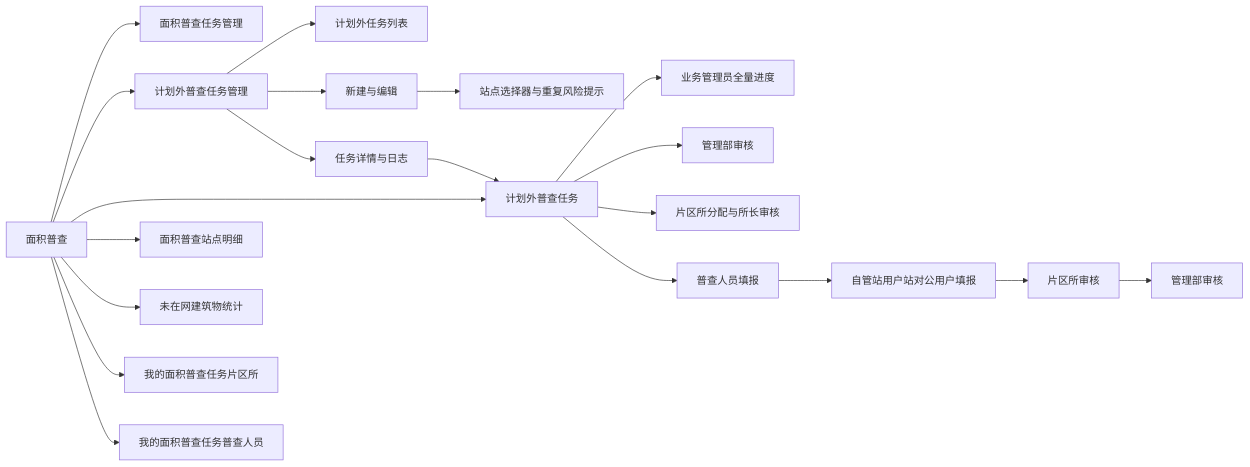
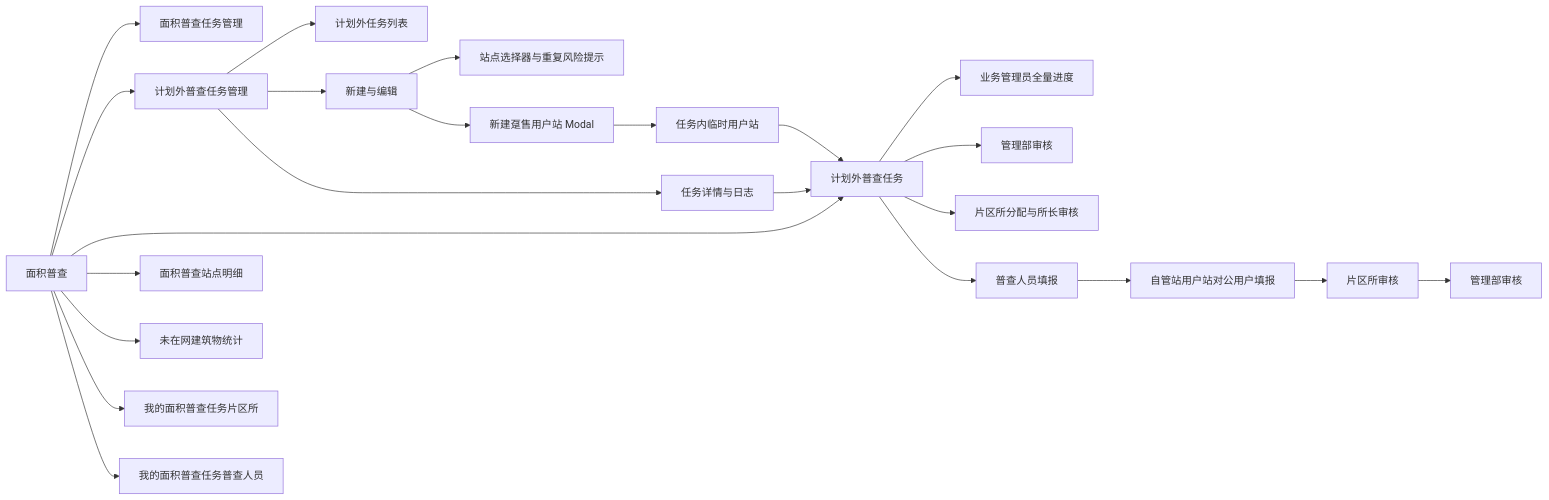
One commit to caicai9807-code/Area-survey changed the first of 2 diagrams in docs/计划外普查任务管理-系统建设方案.md. Above: the diagram before and after it, drawn with Mermaid. The commit also changed other lines of this file and 12 other files, not shown here.

````diff
--- a/docs/计划外普查任务管理-系统建设方案.md
+++ b/docs/计划外普查任务管理-系统建设方案.md
@@ -13,22 +15,25 @@
 ```mermaid
 flowchart LR
     A[面积普查] --> B[面积普查任务管理]
     A --> C[计划外普查任务管理]
     A --> D[计划外普查任务]
     A --> E[面积普查站点明细]
     A --> F[未在网建筑物统计]
     A --> G[我的面积普查任务片区所]
     A --> H[我的面积普查任务普查人员]
     C --> C1[计划外任务列表]
     C --> C2[新建与编辑]
     C --> C3[任务详情与日志]
     C2 --> I[站点选择器与重复风险提示]
+    C2 --> T[新建趸售用户站 Modal]
+    T --> T1[任务内临时用户站]
+    T1 --> D
     C3 --> D
     D --> D1[业务管理员全量进度]
     D --> D2[管理部审核]
     D --> D3[片区所分配与所长审核]
     D --> D4[普查人员填报]
     D4 --> J[自管站用户站对公用户填报]
     J --> K[片区所审核]
     K --> L[管理部审核]
 ```
````
